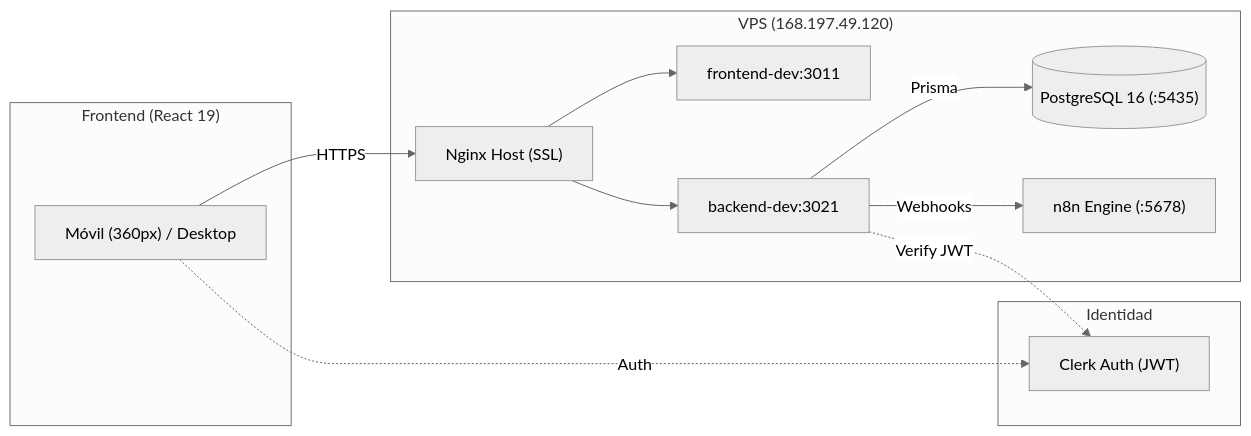
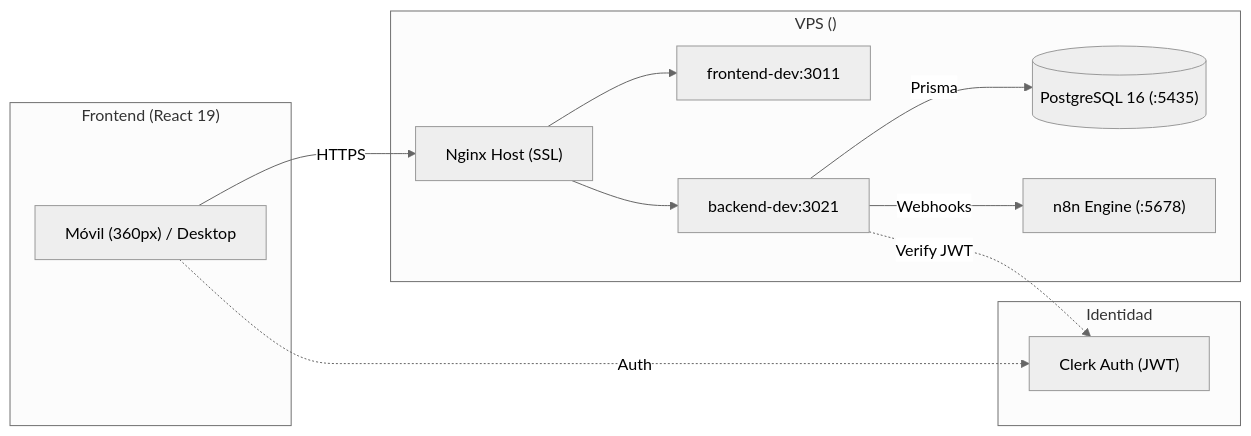
One commit to dgimenezdeveloper/margenx changed the second of 2 diagrams in docs/entregables/entrega-pps-sprint-1.md. Above: the diagram before and after it, drawn with Mermaid (neutral theme). The commit also changed 6 other files, not shown here.

````diff
--- a/docs/entregables/entrega-pps-sprint-1.md
+++ b/docs/entregables/entrega-pps-sprint-1.md
@@ -105,23 +105,23 @@
 ```mermaid
 graph LR
     subgraph CLIENTE ["Frontend (React 19)"]
         Browser["Móvil (360px) / Desktop"]
     end
     subgraph IDP ["Identidad"]
         Clerk["Clerk Auth (JWT)"]
     end
-    subgraph VPS ["VPS (168.197.49.120)"]
+    subgraph VPS ["VPS (<VPS_IP>)"]
         Nginx["Nginx Host (SSL)"]
         Front["frontend-dev:3011"]
         Back["backend-dev:3021"]
         DB[("PostgreSQL 16 (:5435)")]
         N8N["n8n Engine (:5678)"]
     end
     Browser -->|HTTPS| Nginx
     Browser -.->|Auth| Clerk
     Nginx --> Front
     Nginx --> Back
     Back -->|Prisma| DB
     Back -.->|Verify JWT| Clerk
     Back -->|Webhooks| N8N
 ```
````
